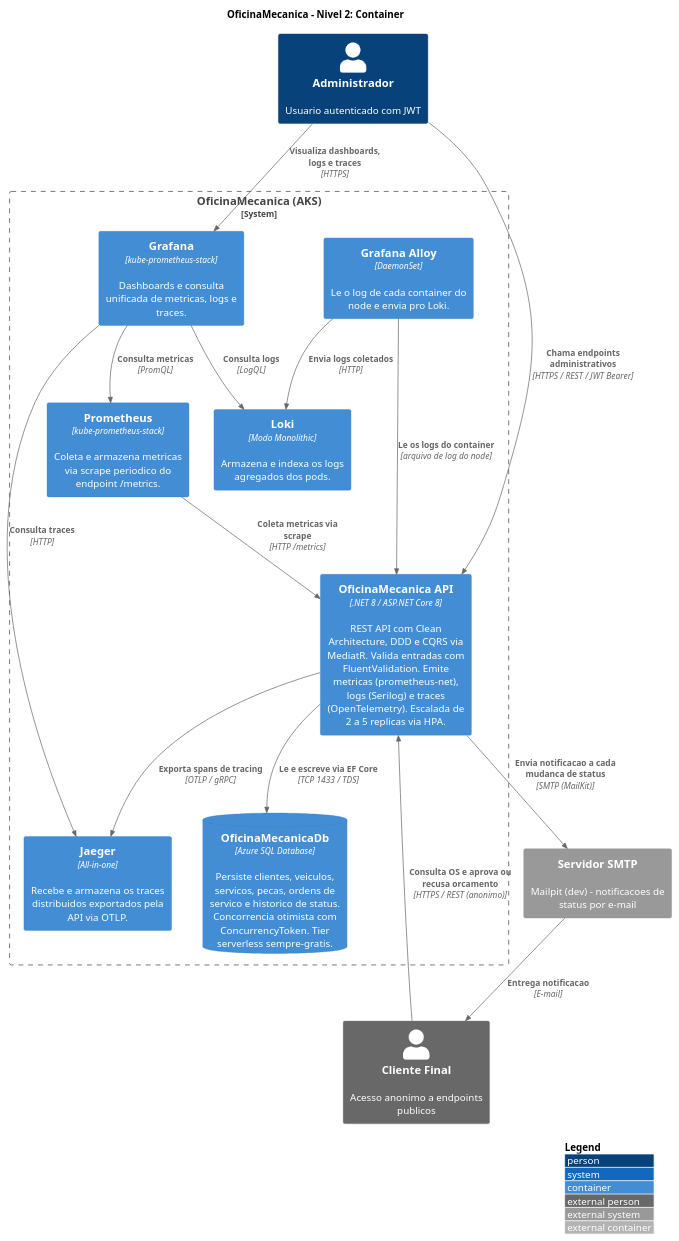
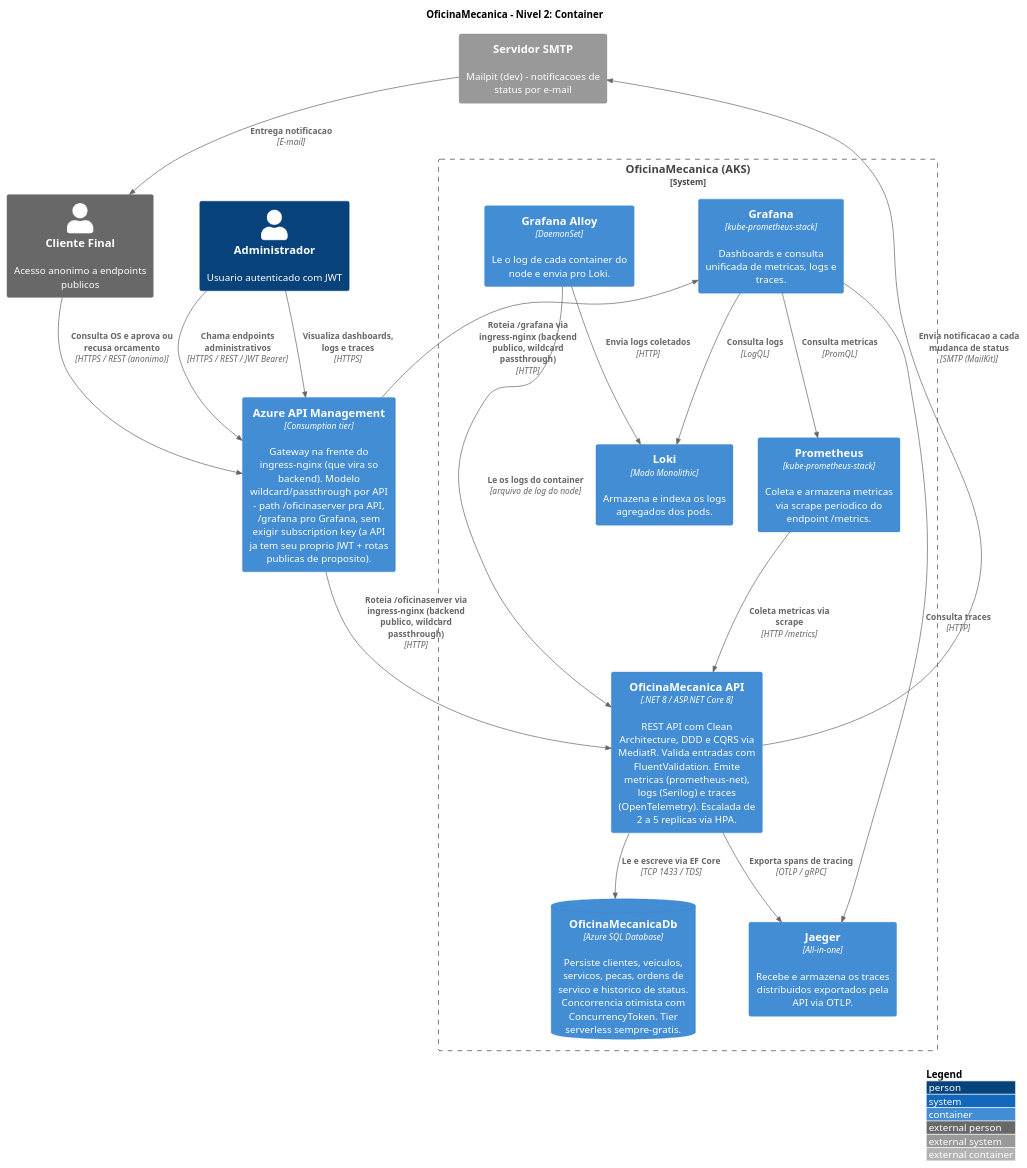
The diagram in docs/c4-nivel2-container.puml (willianrmattos/OficinaMecanica), drawn with PlantUML before and after one commit. The commit also changed 20 other files, not shown here.

First line of the commit message:
feat: adiciona Azure API Management como gateway na frente do ingress-nginx

```diff
--- a/docs/c4-nivel2-container.puml
+++ b/docs/c4-nivel2-container.puml
@@ -1,39 +1,43 @@
 @startuml c4-nivel2-container
 !include <C4/C4_Container>
 
 LAYOUT_TOP_DOWN()
 LAYOUT_WITH_LEGEND()
 
 title OficinaMecanica - Nivel 2: Container
 
 Person(admin, "Administrador", "Usuario autenticado com JWT")
 Person_Ext(cliente, "Cliente Final", "Acesso anonimo a endpoints publicos")
 System_Ext(smtp, "Servidor SMTP", "Mailpit (dev) - notificacoes de status por e-mail")
 
+Container(apim, "Azure API Management", "Consumption tier", "Gateway na frente do ingress-nginx (que vira so backend). Modelo wildcard/passthrough por API - path /oficinaserver pra API, /grafana pro Grafana, sem exigir subscription key (a API ja tem seu proprio JWT + rotas publicas de proposito).")
+
 System_Boundary(oficina, "OficinaMecanica (AKS)") {
     Container(api, "OficinaMecanica API", ".NET 8 / ASP.NET Core 8", "REST API com Clean Architecture, DDD e CQRS via MediatR. Valida entradas com FluentValidation. Emite metricas (prometheus-net), logs (Serilog) e traces (OpenTelemetry). Escalada de 2 a 5 replicas via HPA.")
     ContainerDb(db, "OficinaMecanicaDb", "Azure SQL Database", "Persiste clientes, veiculos, servicos, pecas, ordens de servico e historico de status. Concorrencia otimista com ConcurrencyToken. Tier serverless sempre-gratis.")
 
     Container(prometheus, "Prometheus", "kube-prometheus-stack", "Coleta e armazena metricas via scrape periodico do endpoint /metrics.")
     Container(grafana, "Grafana", "kube-prometheus-stack", "Dashboards e consulta unificada de metricas, logs e traces.")
     Container(loki, "Loki", "Modo Monolithic", "Armazena e indexa os logs agregados dos pods.")
     Container(alloy, "Grafana Alloy", "DaemonSet", "Le o log de cada container do node e envia pro Loki.")
     Container(jaeger, "Jaeger", "All-in-one", "Recebe e armazena os traces distribuidos exportados pela API via OTLP.")
 }
 
-Rel(admin, api, "Chama endpoints administrativos", "HTTPS / REST / JWT Bearer")
-Rel(cliente, api, "Consulta OS e aprova ou recusa orcamento", "HTTPS / REST (anonimo)")
+Rel(admin, apim, "Chama endpoints administrativos", "HTTPS / REST / JWT Bearer")
+Rel(admin, apim, "Visualiza dashboards, logs e traces", "HTTPS")
+Rel(cliente, apim, "Consulta OS e aprova ou recusa orcamento", "HTTPS / REST (anonimo)")
+Rel(apim, api, "Roteia /oficinaserver via ingress-nginx (backend publico, wildcard passthrough)", "HTTP")
+Rel(apim, grafana, "Roteia /grafana via ingress-nginx (backend publico, wildcard passthrough)", "HTTP")
 Rel(api, db, "Le e escreve via EF Core", "TCP 1433 / TDS")
 Rel(api, smtp, "Envia notificacao a cada mudanca de status", "SMTP (MailKit)")
 Rel(smtp, cliente, "Entrega notificacao", "E-mail")
 
 Rel(prometheus, api, "Coleta metricas via scrape", "HTTP /metrics")
 Rel(alloy, api, "Le os logs do container", "arquivo de log do node")
 Rel(alloy, loki, "Envia logs coletados", "HTTP")
 Rel(api, jaeger, "Exporta spans de tracing", "OTLP / gRPC")
 Rel(grafana, prometheus, "Consulta metricas", "PromQL")
 Rel(grafana, loki, "Consulta logs", "LogQL")
 Rel(grafana, jaeger, "Consulta traces", "HTTP")
-Rel(admin, grafana, "Visualiza dashboards, logs e traces", "HTTPS")
 
 @enduml
```
